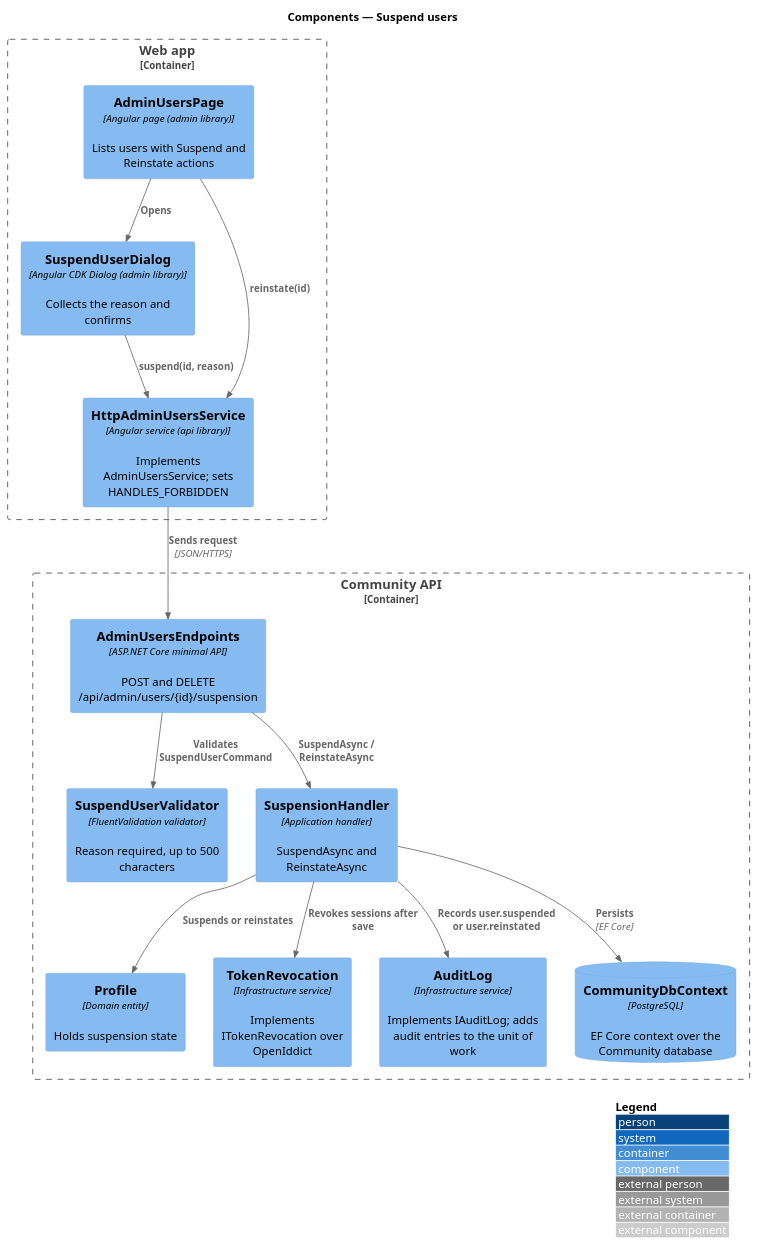
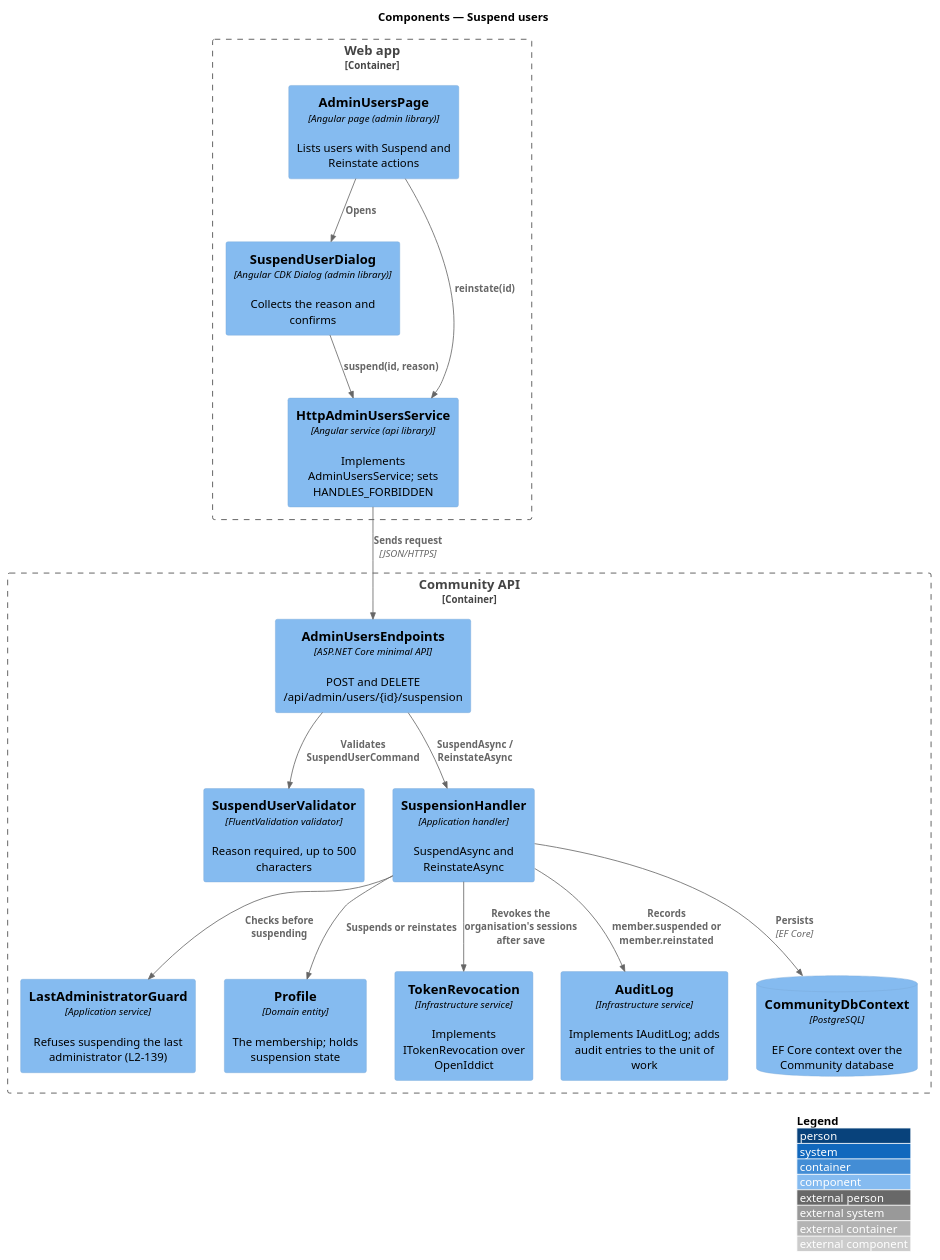
One commit to QuinntyneBrown/faithtech-community changed the diagram in docs/detailed-designs/admin/suspend-users/diagrams/c4-component.puml. Above: the diagram before and after it, drawn with PlantUML. The commit also changed 840 other files, not shown here.

```diff
--- a/docs/detailed-designs/admin/suspend-users/diagrams/c4-component.puml
+++ b/docs/detailed-designs/admin/suspend-users/diagrams/c4-component.puml
@@ -1,29 +1,31 @@
 @startuml
 !include <C4/C4_Component>
 LAYOUT_WITH_LEGEND()
 title Components — Suspend users
 Container_Boundary(web, "Web app") {
   Component(page, "AdminUsersPage", "Angular page (admin library)", "Lists users with Suspend and Reinstate actions")
   Component(dlg, "SuspendUserDialog", "Angular CDK Dialog (admin library)", "Collects the reason and confirms")
   Component(svc, "HttpAdminUsersService", "Angular service (api library)", "Implements AdminUsersService; sets HANDLES_FORBIDDEN")
 }
 Container_Boundary(api, "Community API") {
   Component(ep, "AdminUsersEndpoints", "ASP.NET Core minimal API", "POST and DELETE /api/admin/users/{id}/suspension")
   Component(val, "SuspendUserValidator", "FluentValidation validator", "Reason required, up to 500 characters")
   Component(h, "SuspensionHandler", "Application handler", "SuspendAsync and ReinstateAsync")
-  Component(acct, "Profile", "Domain entity", "Holds suspension state")
+  Component(guard, "LastAdministratorGuard", "Application service", "Refuses suspending the last administrator (L2-139)")
+  Component(acct, "Profile", "Domain entity", "The membership; holds suspension state")
   Component(rev, "TokenRevocation", "Infrastructure service", "Implements ITokenRevocation over OpenIddict")
   Component(audit, "AuditLog", "Infrastructure service", "Implements IAuditLog; adds audit entries to the unit of work")
   ComponentDb(db, "CommunityDbContext", "PostgreSQL", "EF Core context over the Community database")
 }
 Rel(page, dlg, "Opens")
 Rel(page, svc, "reinstate(id)")
 Rel(dlg, svc, "suspend(id, reason)")
 Rel(svc, ep, "Sends request", "JSON/HTTPS")
 Rel(ep, val, "Validates SuspendUserCommand")
 Rel(ep, h, "SuspendAsync / ReinstateAsync")
+Rel(h, guard, "Checks before suspending")
 Rel(h, acct, "Suspends or reinstates")
-Rel(h, audit, "Records user.suspended or user.reinstated")
+Rel(h, audit, "Records member.suspended or member.reinstated")
 Rel(h, db, "Persists", "EF Core")
-Rel(h, rev, "Revokes sessions after save")
+Rel(h, rev, "Revokes the organisation's sessions after save")
 @enduml
```
